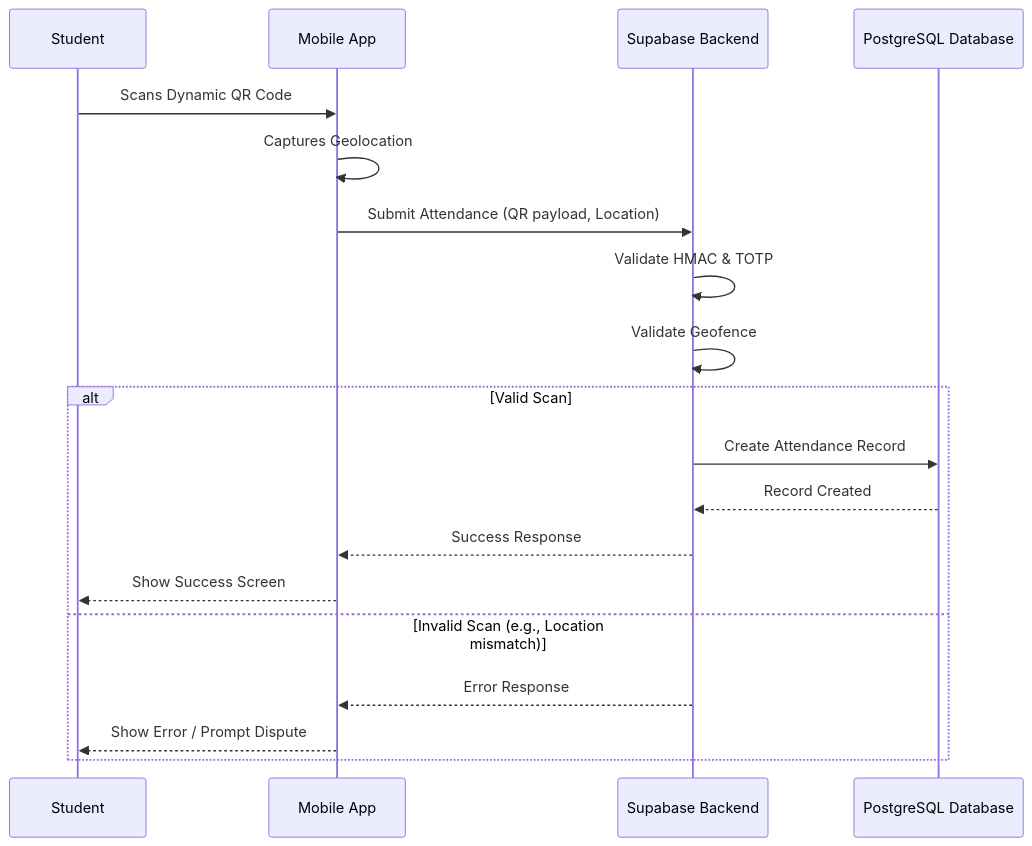
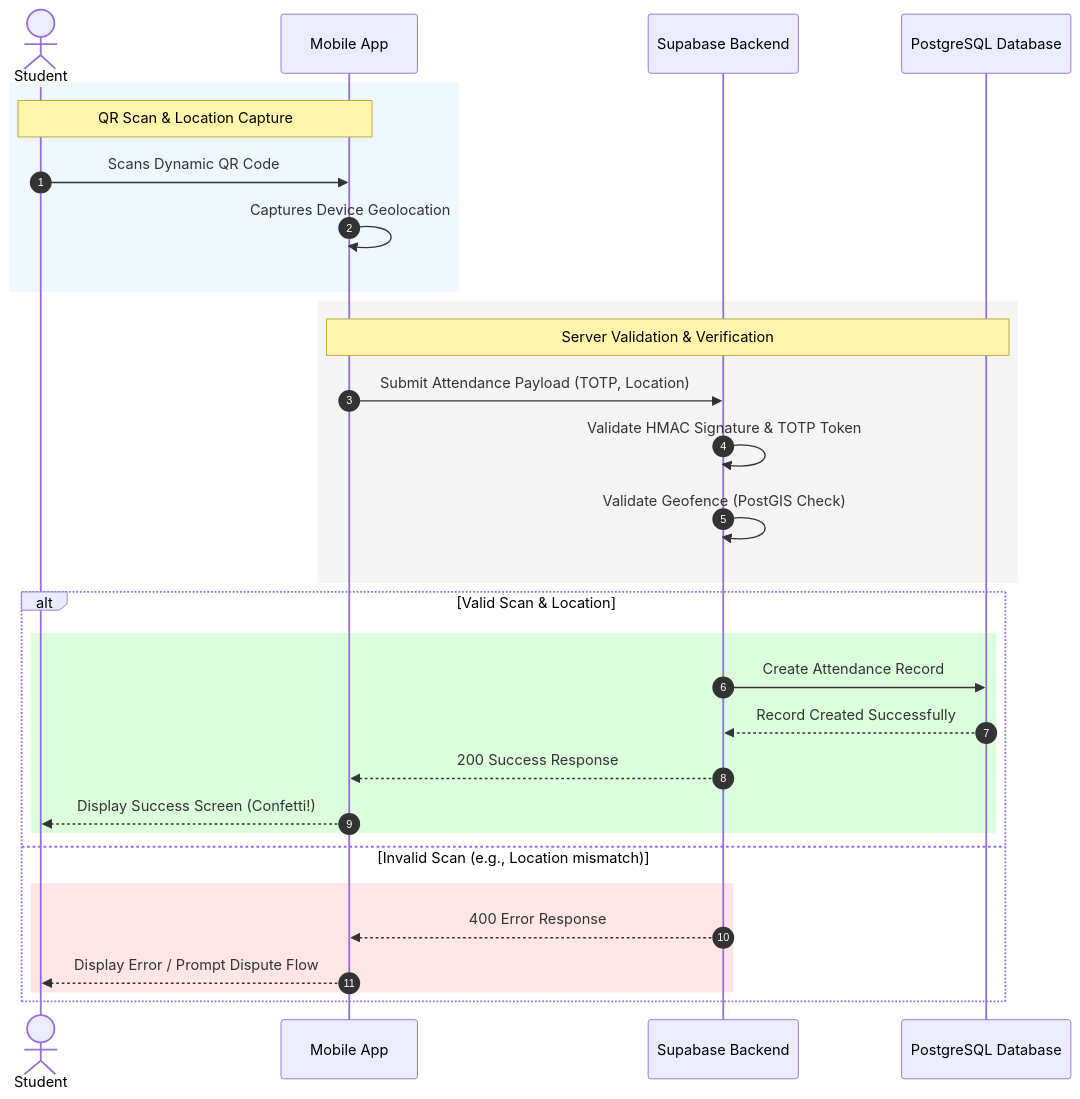
Before and after one commit to sohamdhande/nst-events-docs: the diagram in docs/diagrams/08-attendance-sequence.md, drawn with Mermaid. The commit also changed 13 other files, not shown here.

````diff
--- a/docs/diagrams/08-attendance-sequence.md
+++ b/docs/diagrams/08-attendance-sequence.md
@@ -5,22 +5,35 @@
 ```mermaid
 sequenceDiagram
-    participant Student
+    autonumber
+    actor Student
     participant App as Mobile App
     participant Backend as Supabase Backend
     participant DB as PostgreSQL Database
     
+    rect rgb(240, 248, 255)
+    Note over Student,App: QR Scan & Location Capture
     Student->>App: Scans Dynamic QR Code
-    App->>App: Captures Geolocation
-    App->>Backend: Submit Attendance (QR payload, Location)
-    Backend->>Backend: Validate HMAC & TOTP
-    Backend->>Backend: Validate Geofence
-    alt Valid Scan
+    App->>App: Captures Device Geolocation
+    end
+    
+    rect rgb(245, 245, 245)
+    Note over App,DB: Server Validation & Verification
+    App->>Backend: Submit Attendance Payload (TOTP, Location)
+    Backend->>Backend: Validate HMAC Signature & TOTP Token
+    Backend->>Backend: Validate Geofence (PostGIS Check)
+    end
+    
+    alt Valid Scan & Location
+        rect rgb(220, 255, 220)
         Backend->>DB: Create Attendance Record
-        DB-->>Backend: Record Created
-        Backend-->>App: Success Response
-        App-->>Student: Show Success Screen
+        DB-->>Backend: Record Created Successfully
+        Backend-->>App: 200 Success Response
+        App-->>Student: Display Success Screen (Confetti!)
+        end
     else Invalid Scan (e.g., Location mismatch)
-        Backend-->>App: Error Response
-        App-->>Student: Show Error / Prompt Dispute
+        rect rgb(255, 230, 230)
+        Backend-->>App: 400 Error Response
+        App-->>Student: Display Error / Prompt Dispute Flow
+        end
     end
 ```
````
